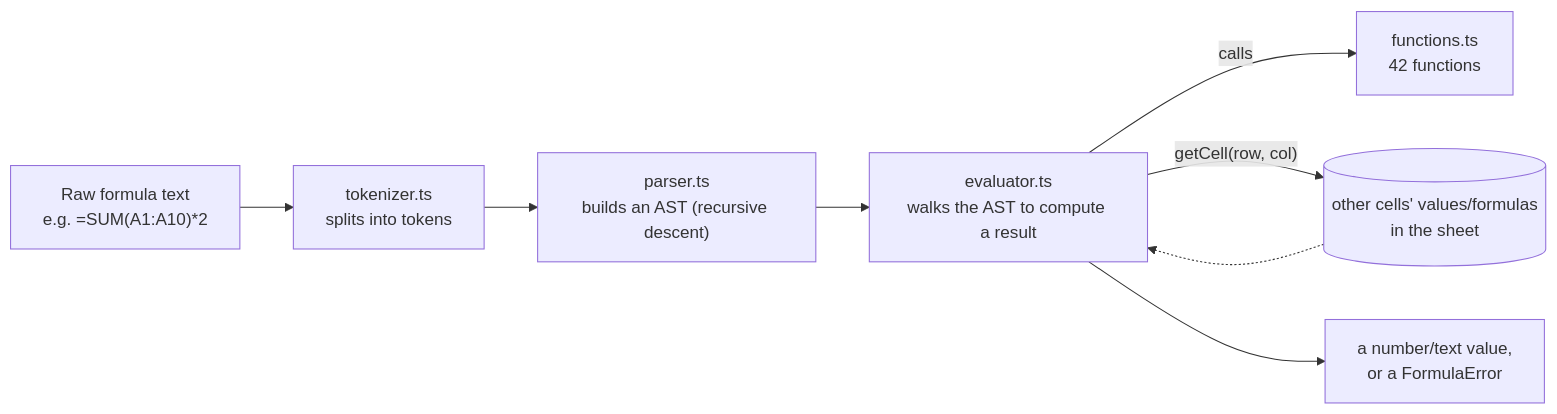
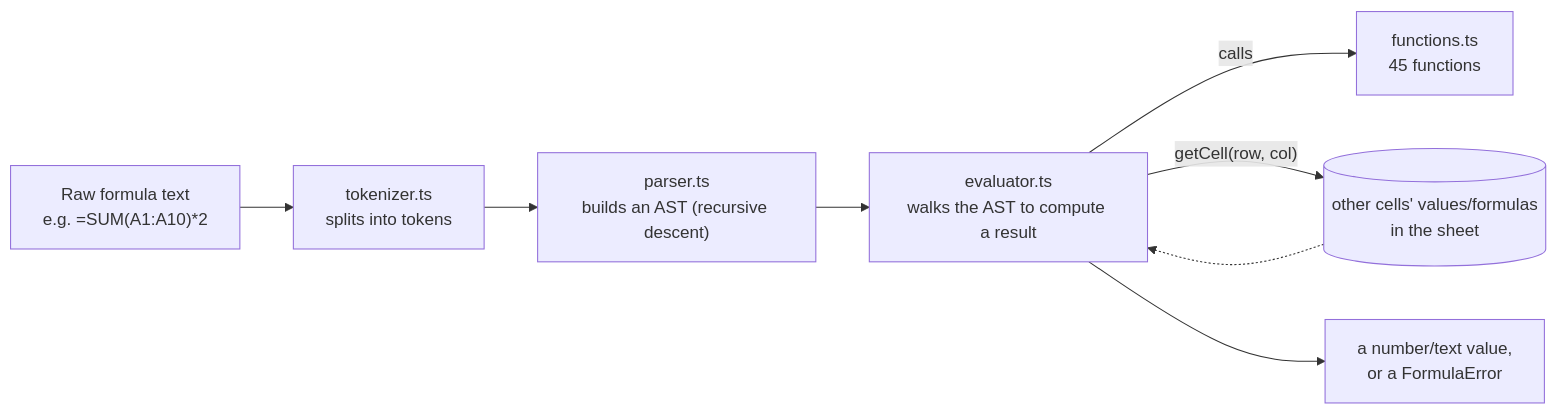
One commit to SuruchBoss/ExcelToGo changed the third of 4 diagrams in README.en.md. Above: the diagram before and after it, drawn with Mermaid. The commit also changed other lines of this file and 8 other files, not shown here.

````diff
--- a/README.en.md
+++ b/README.en.md
@@ -799,10 +799,10 @@
 ```mermaid
 flowchart LR
     Raw["Raw formula text<br/>e.g. =SUM(A1:A10)*2"] --> Tok["tokenizer.ts<br/>splits into tokens"]
     Tok --> Par["parser.ts<br/>builds an AST (recursive descent)"]
     Par --> Eval["evaluator.ts<br/>walks the AST to compute a result"]
-    Eval -->|"calls"| Fn["functions.ts<br/>42 functions"]
+    Eval -->|"calls"| Fn["functions.ts<br/>45 functions"]
     Eval -->|"getCell(row, col)"| Sheet[("other cells' values/formulas<br/>in the sheet")]
     Sheet -.-> Eval
     Eval --> Result["a number/text value,<br/>or a FormulaError"]
 ```
````
